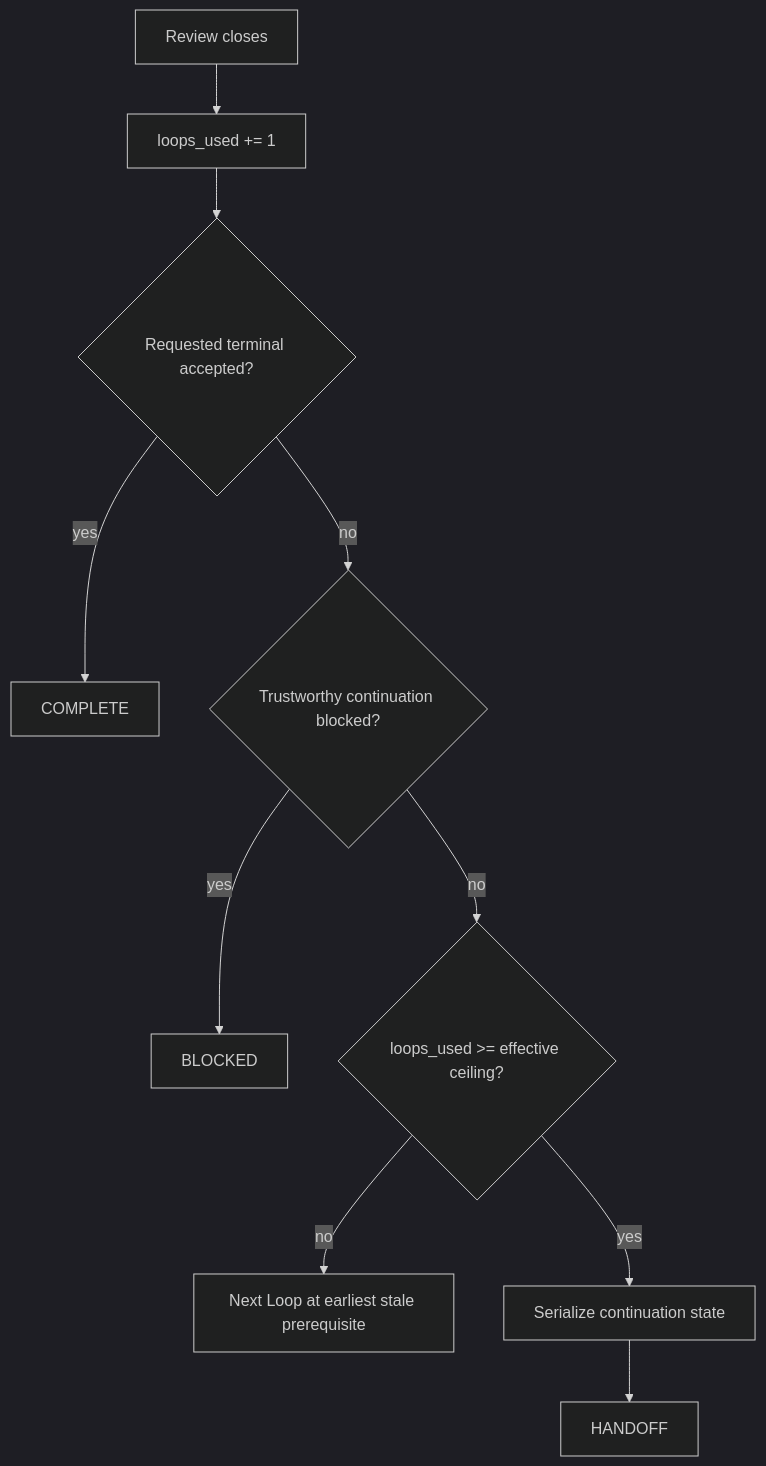
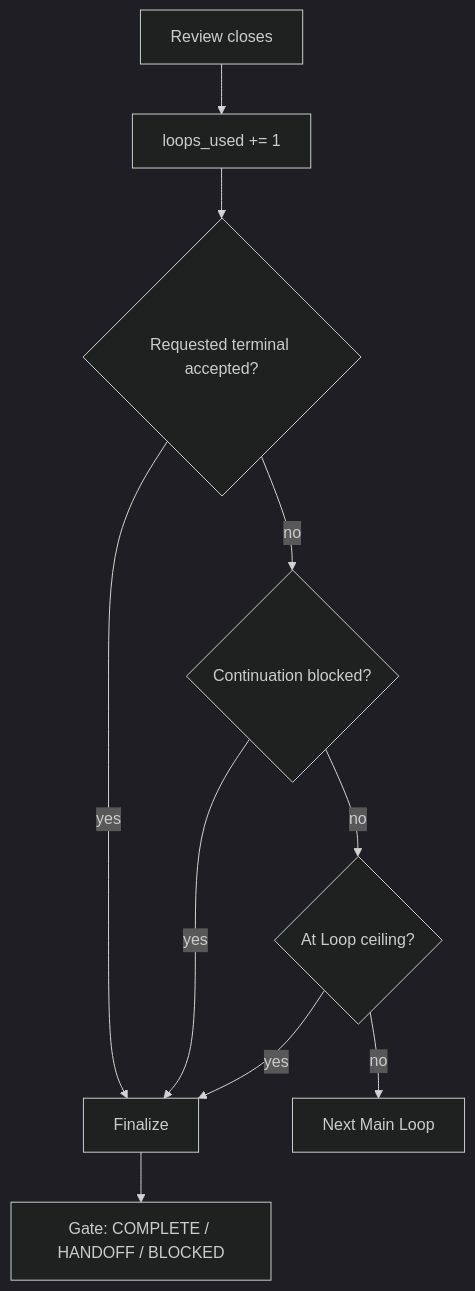
One commit to mols3131d/mols-agent-assets changed the second of 2 diagrams in src/rulesync/.rulesync/skills/mols-rpi/SKILL.md. Above: the diagram before and after it, drawn with Mermaid (dark theme). The commit also changed other lines of this file and 15 other files, not shown here.

````diff
--- a/src/rulesync/.rulesync/skills/mols-rpi/SKILL.md
+++ b/src/rulesync/.rulesync/skills/mols-rpi/SKILL.md
@@ -312,12 +297,12 @@
 ```mermaid
 flowchart TD
     V["Review closes"] --> L["loops_used += 1"]
     L --> A{"Requested terminal accepted?"}
-    A -->|yes| C["COMPLETE"]
-    A -->|no| B{"Trustworthy continuation blocked?"}
-    B -->|yes| X["BLOCKED"]
-    B -->|no| E{"loops_used >= effective ceiling?"}
-    E -->|no| N["Next Loop at earliest stale prerequisite"]
-    E -->|yes| H["Serialize continuation state"]
-    H --> O["HANDOFF"]
+    A -->|yes| F["Finalize"]
+    A -->|no| B{"Continuation blocked?"}
+    B -->|yes| F
+    B -->|no| E{"At Loop ceiling?"}
+    E -->|yes| F
+    E -->|no| N["Next Main Loop"]
+    F --> G["Gate: COMPLETE / HANDOFF / BLOCKED"]
 ```
````
